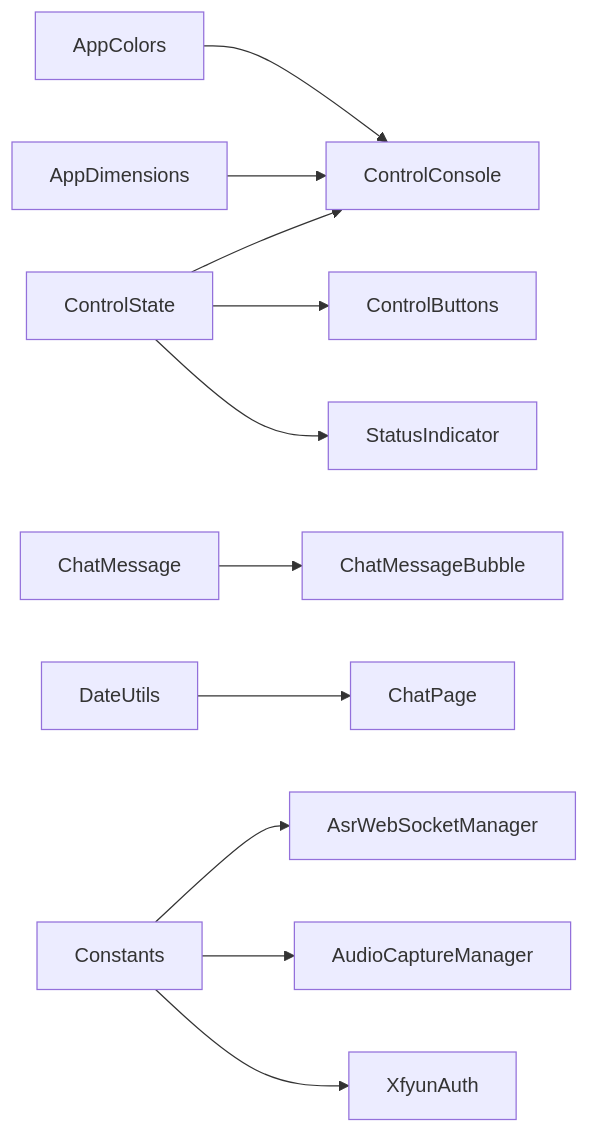
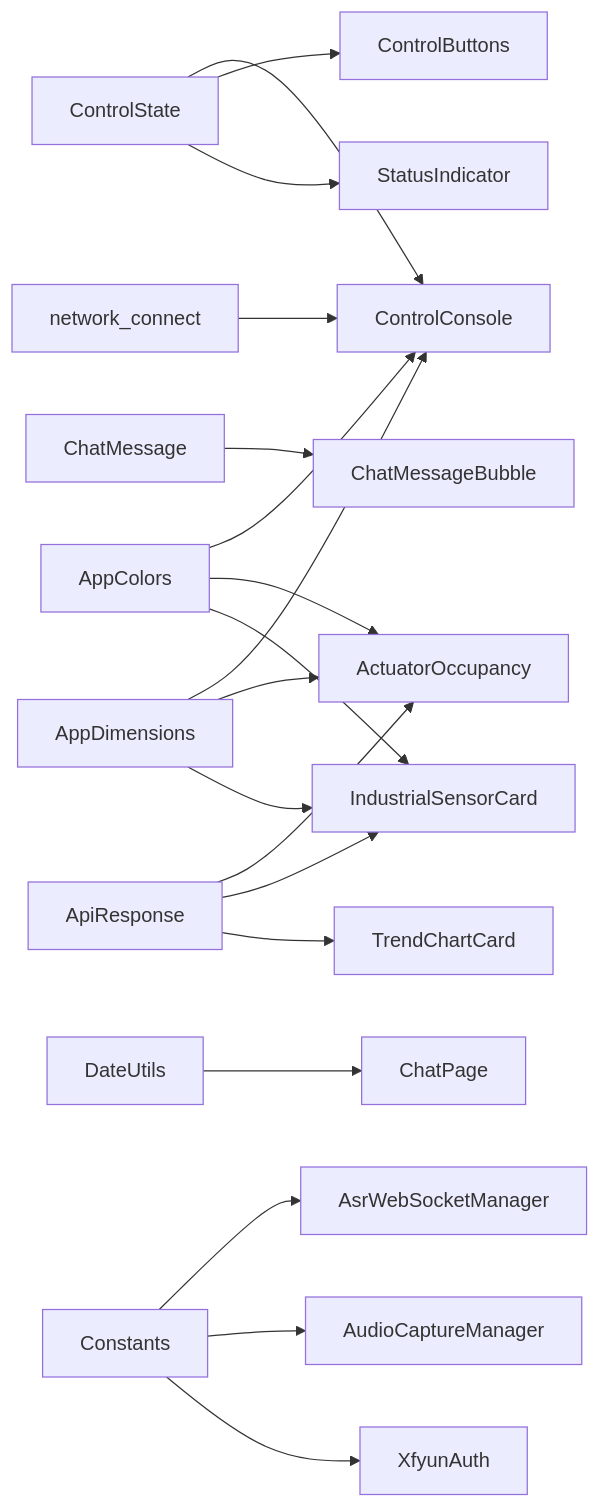
One commit to Neonrey-hub/SmartController changed diagram 13 of 13 in .qoder/repowiki/zh/content/数据模型设计.md. Above: the diagram before and after it, drawn with Mermaid. The commit also changed other lines of this file and 16 other files, not shown here.

````diff
--- a/.qoder/repowiki/zh/content/数据模型设计.md
+++ b/.qoder/repowiki/zh/content/数据模型设计.md
@@ -469,13 +738,21 @@
 ```mermaid
 graph LR
 CS["ControlState"] --> CC["ControlConsole"]
 CS --> CB["ControlButtons"]
 CS --> SI["StatusIndicator"]
 CM["ChatMessage"] --> CMB["ChatMessageBubble"]
+GD["ApiResponse"] --> AO["ActuatorOccupancy"]
+GD --> ISC["IndustrialSensorCard"]
+GD --> TC["TrendChartCard"]
 AC["AppColors"] --> CC
 AD["AppDimensions"] --> CC
+AC --> AO
+AD --> AO
+AC --> ISC
+AD --> ISC
 DU["DateUtils"] --> CP["ChatPage"]
 CT["Constants"] --> ASRW["AsrWebSocketManager"]
 CT --> ACM["AudioCaptureManager"]
 CT --> XA["XfyunAuth"]
+NC["network_connect"] --> CC
 ```
````
